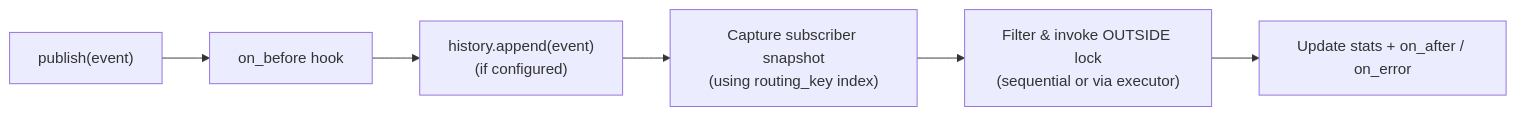
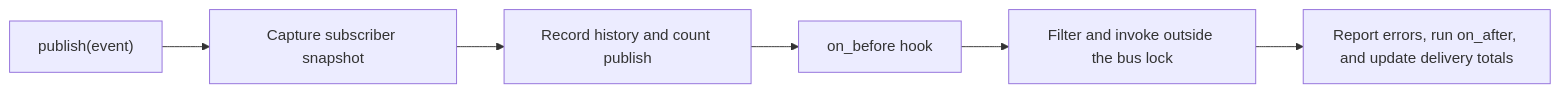
Before and after one commit to TahsinCr/python-flowevent: the diagram in docs/en/sync-bus-and-routing.md, drawn with Mermaid. The commit also changed other lines of this file and 12 other files, not shown here.

Commit message:
docs: verify and correct flowevent guides

````diff
--- a/docs/en/sync-bus-and-routing.md
+++ b/docs/en/sync-bus-and-routing.md
@@ -25,8 +25,8 @@
 ```mermaid
 flowchart LR
-    Pub["publish(event)"] --> Before["on_before hook"]
-    Before --> Hist["history.append(event)\n(if configured)"]
-    Hist --> Snap["Capture subscriber snapshot\n(using routing_key index)"]
-    Snap --> Deliver["Filter & invoke OUTSIDE lock\n(sequential or via executor)"]
-    Deliver --> Stats["Update stats + on_after / on_error"]
+    Pub["publish(event)"] --> Snap["Capture subscriber snapshot"]
+    Snap --> Hist["Record history and count publish"]
+    Hist --> Before["on_before hook"]
+    Before --> Deliver["Filter and invoke outside the bus lock"]
+    Deliver --> Stats["Report errors, run on_after, and update delivery totals"]
 ```
````
